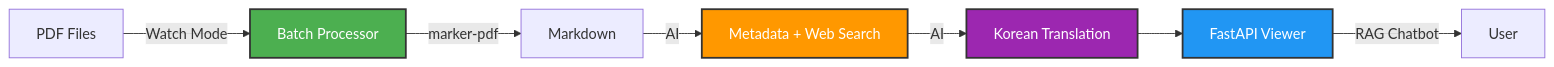
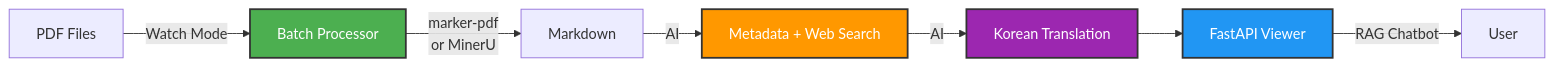
One commit to restful3/paperflow changed the first of 6 diagrams in README.md. Above: the diagram before and after it, drawn with Mermaid. The commit also changed other lines of this file and 8 other files, not shown here.

````diff
--- a/README.md
+++ b/README.md
@@ -25,14 +25,14 @@
 ```mermaid
 graph LR
     A[PDF Files] -->|Watch Mode| B[Batch Processor]
-    B -->|marker-pdf| C[Markdown]
+    B -->|marker-pdf<br/>or MinerU| C[Markdown]
     C -->|AI| D[Metadata + Web Search]
     D -->|AI| E[Korean Translation]
     E --> F[FastAPI Viewer]
     F -->|RAG Chatbot| G[User]
 
     style B fill:#4CAF50,stroke:#333,stroke-width:2px,color:#fff
     style D fill:#FF9800,stroke:#333,stroke-width:2px,color:#fff
     style E fill:#9C27B0,stroke:#333,stroke-width:2px,color:#fff
     style F fill:#2196F3,stroke:#333,stroke-width:2px,color:#fff
 ```
````
